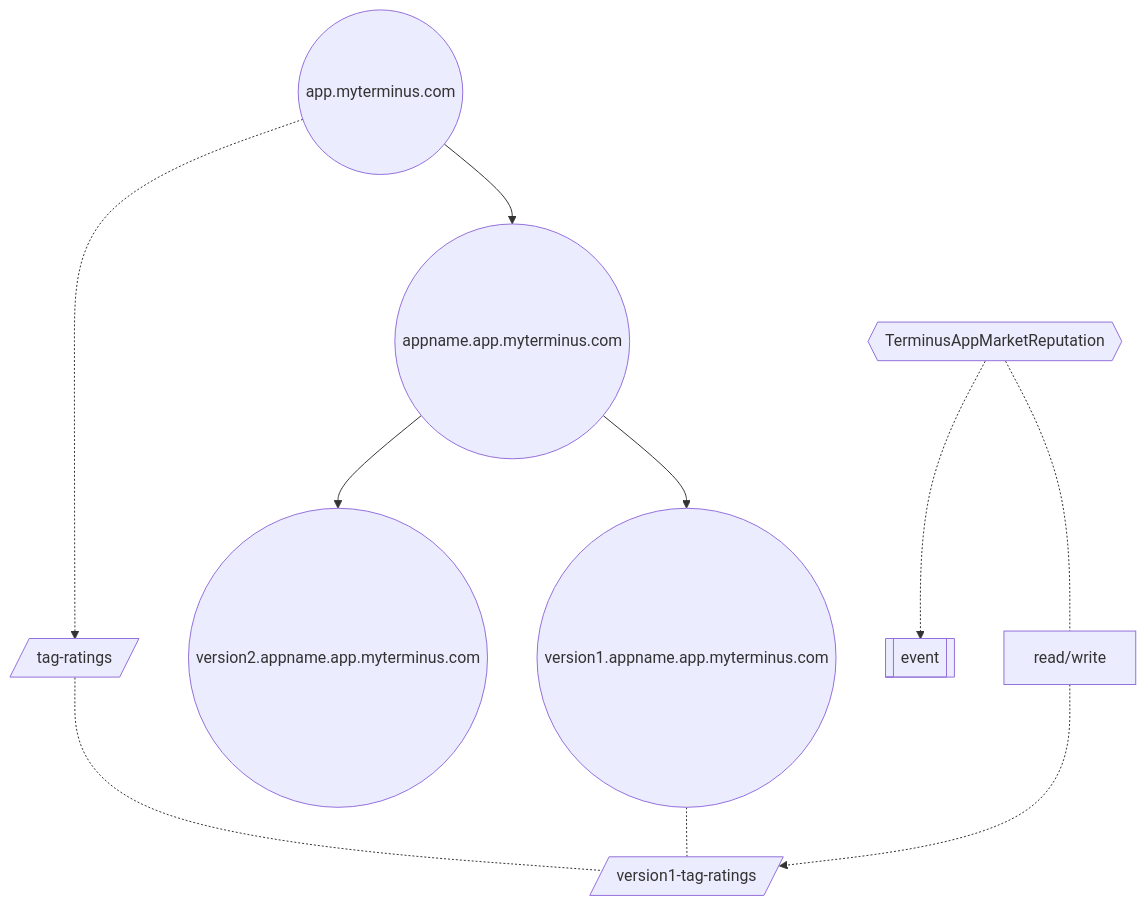
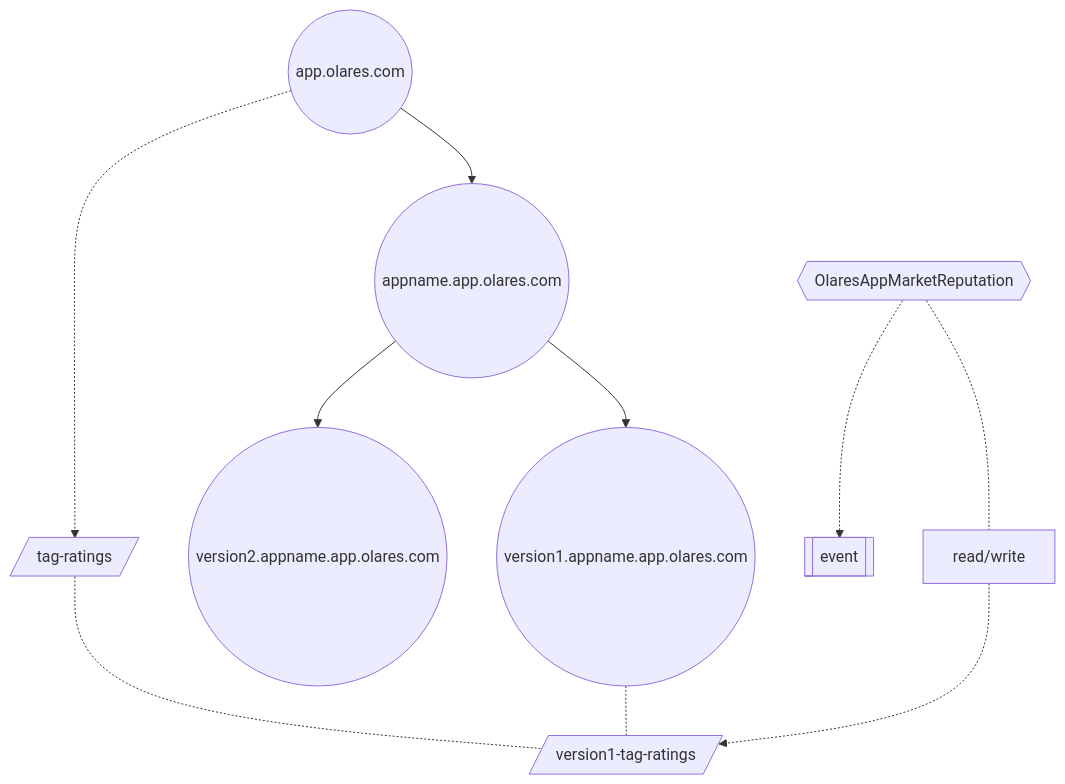
The second of 2 diagrams in docs/developer/contribute/snowinning/smart-contract.md (cal-weng/Terminus-docs), drawn with Mermaid before and after one commit. The commit also changed other lines of this file and 538 other files, not shown here.

Commit message:
update from Terminus to Olares

````diff
--- a/docs/developer/contribute/snowinning/smart-contract.md
+++ b/docs/developer/contribute/snowinning/smart-contract.md
@@ -204,22 +204,22 @@
 ```mermaid
   flowchart TD
 
-	app((app.myterminus.com))
-	appname((appname.app.myterminus.com))
-	version1((version1.appname.app.myterminus.com))
-	version2((version2.appname.app.myterminus.com))
-	reputation{{TerminusAppMarketReputation}}
+	app((app.olares.com))
+	appname((appname.app.olares.com))
+	version1((version1.appname.app.olares.com))
+	version2((version2.appname.app.olares.com))
+	reputation{{OlaresAppMarketReputation}}
 	ratings[/tag-ratings/]
 	version1ratings[/version1-tag-ratings/]
 	event[[event]]
 
 	app-->appname
 	appname-->version1
 	appname-->version2
 	app-.->ratings
 	ratings-.-version1ratings
 	version1-.-version1ratings
 	reputation-.- read/write -.->version1ratings
 	reputation-.->event
 
 ```
````
